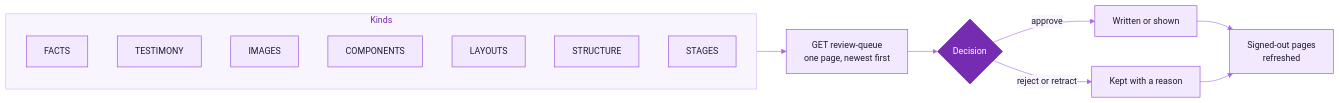
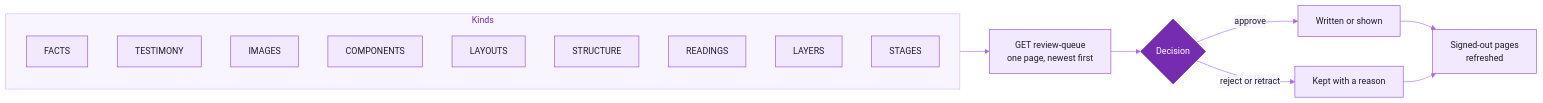
The diagram in docs/contracts/review-queue.md (ankits1802/science-behind-craft), drawn with Mermaid before and after one commit. The commit also changed other lines of this file and 136 other files, not shown here.

Commit message:
Write-backs ask the cheap judge first, a reviewer decides readings, map layers and a category's structure, and a PDF is described by its first page

````diff
--- a/docs/contracts/review-queue.md
+++ b/docs/contracts/review-queue.md
@@ -21,21 +23,23 @@
 ```mermaid
 %%{init: {"theme":"base","fontFamily":"Inter, ui-sans-serif, system-ui, -apple-system, Segoe UI, Roboto, Helvetica, Arial, sans-serif","themeVariables":{"fontSize":"15px","primaryColor":"#F2E9FE","primaryTextColor":"#1E1B2E","primaryBorderColor":"#9148D2","secondaryColor":"#FAEECD","secondaryTextColor":"#1E1B2E","secondaryBorderColor":"#CD9200","tertiaryColor":"#F3F1FA","tertiaryTextColor":"#1E1B2E","tertiaryBorderColor":"#A7A3BC","mainBkg":"#F2E9FE","nodeBorder":"#9148D2","nodeTextColor":"#1E1B2E","lineColor":"#AA69E9","textColor":"#857F9E","edgeLabelBackground":"#F9F5FF","clusterBkg":"#F9F5FF","clusterBorder":"#D6B6FB","titleColor":"#762CB1"}}}%%
 flowchart LR
   subgraph Kinds
     FA["FACTS"]
     TE["TESTIMONY"]
     IM["IMAGES"]
     CO["COMPONENTS"]
     LA["LAYOUTS"]
     ST["STRUCTURE"]
+    RE["READINGS"]
+    LY["LAYERS"]
     SG["STAGES"]
   end
   Kinds --> Q["GET review-queue<br/>one page, newest first"]
   Q --> D{"Decision"}
   D -->|approve| A["Written or shown"]
   D -->|reject or retract| R["Kept with a reason"]
   A --> RV["Signed-out pages<br/>refreshed"]
   R --> RV
   classDef accent fill:#762CB1,stroke:#5F1C93,color:#FFFFFF
   class D accent
 ```
````
